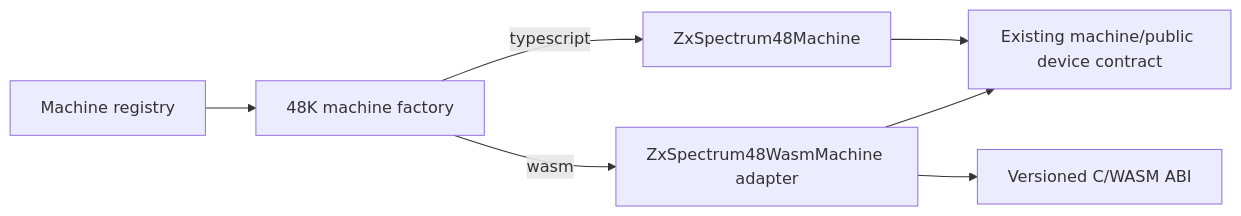
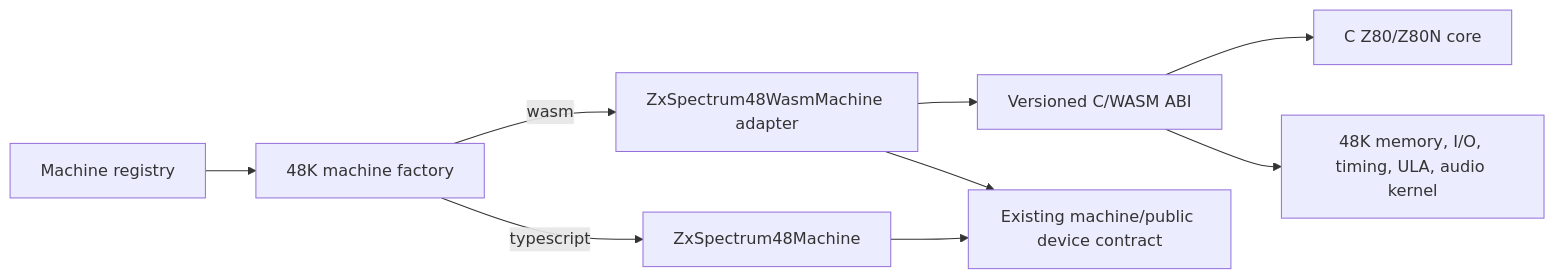
Before and after one commit to Dotneteer/kliveide: the diagram in .plans/ZX_SPECTRUM_48_WASM_INITIAL_PLAN.md, drawn with Mermaid. The commit also changed other lines of this file and 16 other files, not shown here.

````diff
--- a/.plans/ZX_SPECTRUM_48_WASM_INITIAL_PLAN.md
+++ b/.plans/ZX_SPECTRUM_48_WASM_INITIAL_PLAN.md
@@ -27,9 +40,11 @@
 ```mermaid
 flowchart LR
-  R[Machine registry] --> F[48K machine factory]
-  F -->|typescript| TS[ZxSpectrum48Machine]
-  F -->|wasm| WA[ZxSpectrum48WasmMachine adapter]
-  WA --> ABI[Versioned C/WASM ABI]
-  TS --> Contract[Existing machine/public device contract]
+  R["Machine registry"] --> F["48K machine factory"]
+  F -->|typescript| TS["ZxSpectrum48Machine"]
+  F -->|wasm| WA["ZxSpectrum48WasmMachine adapter"]
+  WA --> ABI["Versioned C/WASM ABI"]
+  ABI --> CPU["C Z80/Z80N core"]
+  ABI --> HW["48K memory, I/O, timing, ULA, audio kernel"]
+  TS --> Contract["Existing machine/public device contract"]
   WA --> Contract
 ```
````
